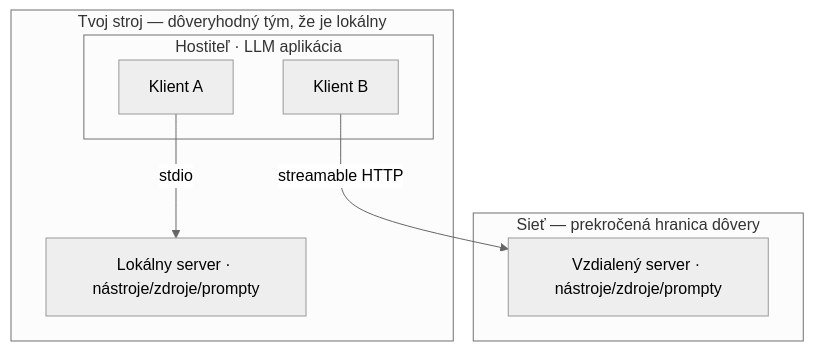
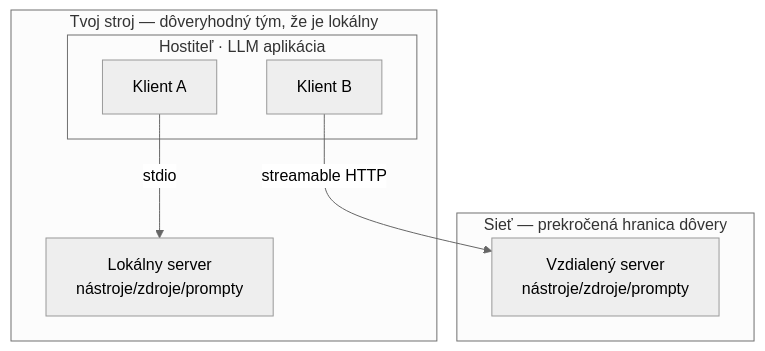
Before and after one commit to NikolaiSachok/ai-engineering-handbook: the first of 2 diagrams in i18n/sk/docusaurus-plugin-content-docs/current/part-2-agents/mcp/deep-dive.md, drawn with Mermaid (neutral theme). The commit also changed 21 other files, not shown here.

First line of the commit message:
fix(i18n): reconcile 28 drifted diagrams and make the parity gate read inside a fence (#453)

````diff
--- a/i18n/sk/docusaurus-plugin-content-docs/current/part-2-agents/mcp/deep-dive.md
+++ b/i18n/sk/docusaurus-plugin-content-docs/current/part-2-agents/mcp/deep-dive.md
@@ -39,15 +39,15 @@
 ```mermaid
 flowchart TB
     subgraph Trusted["Tvoj stroj — dôveryhodný tým, že je lokálny"]
         subgraph Host["Hostiteľ · LLM aplikácia"]
             CA["Klient A"]
             CB["Klient B"]
         end
-        SL["Lokálny server · nástroje/zdroje/prompty"]
+        SL["Lokálny server<br/>nástroje/zdroje/prompty"]
         CA -->|"stdio"| SL
     end
     subgraph Untrusted["Sieť — prekročená hranica dôvery"]
-        SR["Vzdialený server · nástroje/zdroje/prompty"]
+        SR["Vzdialený server<br/>nástroje/zdroje/prompty"]
     end
     CB -->|"streamable HTTP"| SR
 ```
````
